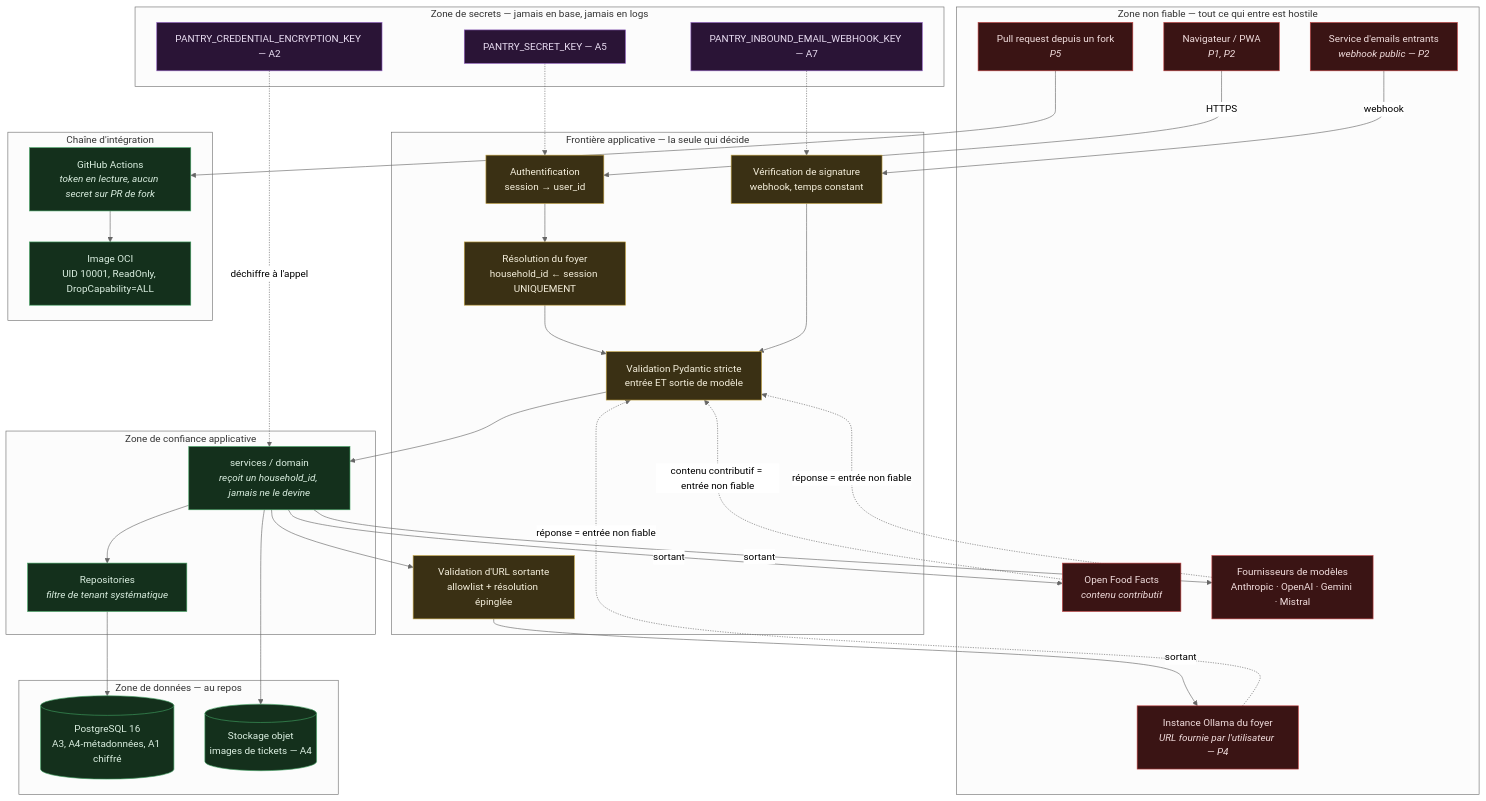
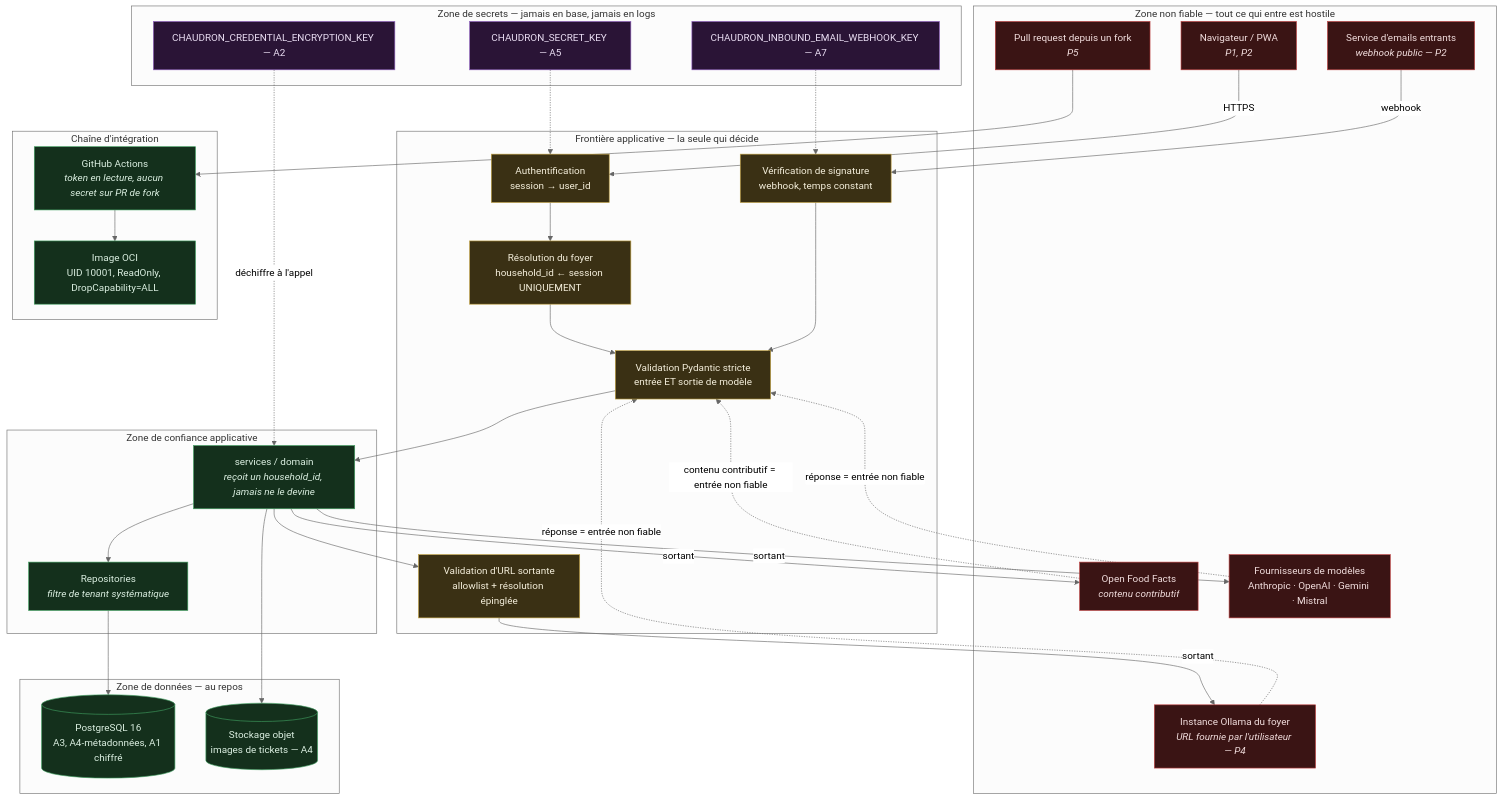
The diagram in docs/security-model.md (ClaraVnk/chaudron), drawn with Mermaid (neutral theme) before and after one commit. The commit also changed other lines of this file and 42 other files, not shown here.

First line of the commit message:
refactor!: rename the project from Pantry to Chaudron

````diff
--- a/docs/security-model.md
+++ b/docs/security-model.md
@@ -149,65 +149,65 @@
 ```mermaid
 flowchart TB
     subgraph untrusted["Zone non fiable — tout ce qui entre est hostile"]
         BROWSER["Navigateur / PWA<br/><i>P1, P2</i>"]
         MAILSVC["Service d'emails entrants<br/><i>webhook public — P2</i>"]
         OFF["Open Food Facts<br/><i>contenu contributif</i>"]
         LLM["Fournisseurs de modèles<br/>Anthropic · OpenAI · Gemini · Mistral"]
         OLLAMA["Instance Ollama du foyer<br/><i>URL fournie par l'utilisateur — P4</i>"]
         FORK["Pull request depuis un fork<br/><i>P5</i>"]
     end
 
     subgraph edge["Frontière applicative — la seule qui décide"]
         AUTH["Authentification<br/>session → user_id"]
         TENANT["Résolution du foyer<br/>household_id ← session UNIQUEMENT"]
         VALID["Validation Pydantic stricte<br/>entrée ET sortie de modèle"]
         SSRF["Validation d'URL sortante<br/>allowlist + résolution épinglée"]
         SIG["Vérification de signature<br/>webhook, temps constant"]
     end
 
     subgraph trusted["Zone de confiance applicative"]
         SVC["services / domain<br/><i>reçoit un household_id, jamais ne le devine</i>"]
         REPO["Repositories<br/><i>filtre de tenant systématique</i>"]
     end
 
     subgraph data["Zone de données — au repos"]
         DB[("PostgreSQL 16<br/>A3, A4-métadonnées, A1 chiffré")]
         OBJ[("Stockage objet<br/>images de tickets — A4")]
     end
 
     subgraph secrets["Zone de secrets — jamais en base, jamais en logs"]
-        KEK["PANTRY_CREDENTIAL_ENCRYPTION_KEY — A2"]
-        SK["PANTRY_SECRET_KEY — A5"]
-        WHK["PANTRY_INBOUND_EMAIL_WEBHOOK_KEY — A7"]
+        KEK["CHAUDRON_CREDENTIAL_ENCRYPTION_KEY — A2"]
+        SK["CHAUDRON_SECRET_KEY — A5"]
+        WHK["CHAUDRON_INBOUND_EMAIL_WEBHOOK_KEY — A7"]
     end
 
     subgraph ci["Chaîne d'intégration"]
         GHA["GitHub Actions<br/><i>token en lecture, aucun secret sur PR de fork</i>"]
         IMG["Image OCI<br/>UID 10001, ReadOnly, DropCapability=ALL"]
     end
 
     BROWSER -->|HTTPS| AUTH --> TENANT --> VALID --> SVC
     MAILSVC -->|webhook| SIG --> VALID
     SVC --> REPO --> DB
     SVC --> OBJ
     SVC --> SSRF
     SSRF -->|sortant| OLLAMA
     SVC -->|sortant| LLM
     SVC -->|sortant| OFF
     LLM -.->|"réponse = entrée non fiable"| VALID
     OFF -.->|"contenu contributif = entrée non fiable"| VALID
     OLLAMA -.->|"réponse = entrée non fiable"| VALID
     KEK -.->|déchiffre à l'appel| SVC
     SK -.-> AUTH
     WHK -.-> SIG
     FORK --> GHA --> IMG
 
     classDef danger fill:#3a1414,stroke:#c04040,color:#f2dede
     classDef boundary fill:#3a3014,stroke:#c0a040,color:#f5efdc
     classDef safe fill:#14301c,stroke:#40a060,color:#dcf0e2
     classDef secret fill:#2a1436,stroke:#9060c0,color:#ece0f5
     class BROWSER,MAILSVC,OFF,LLM,OLLAMA,FORK danger
     class AUTH,TENANT,VALID,SSRF,SIG boundary
     class SVC,REPO,DB,OBJ,GHA,IMG safe
     class KEK,SK,WHK secret
 ```
````
